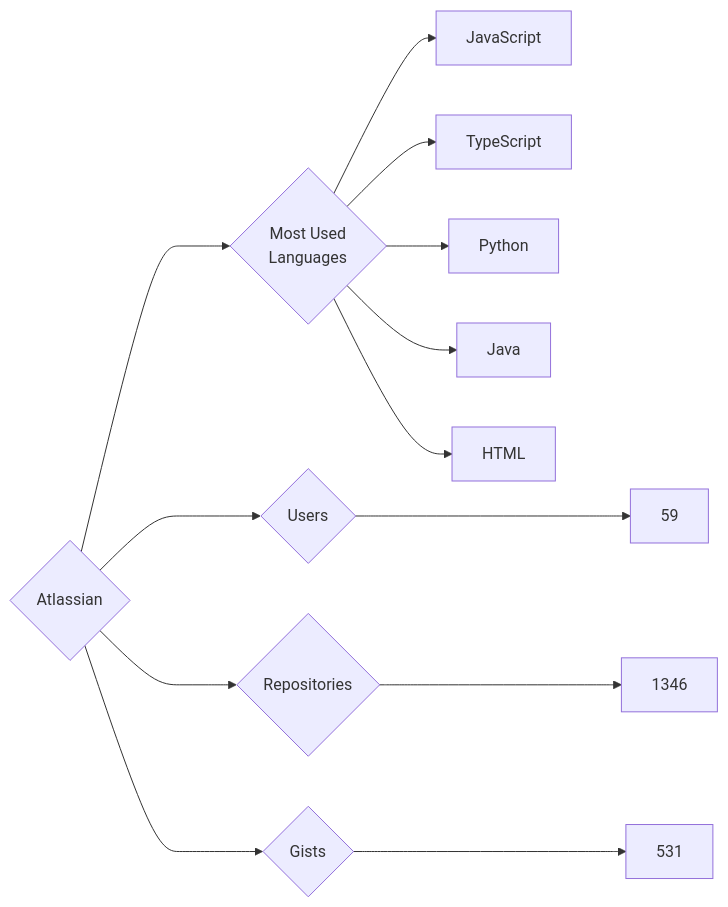
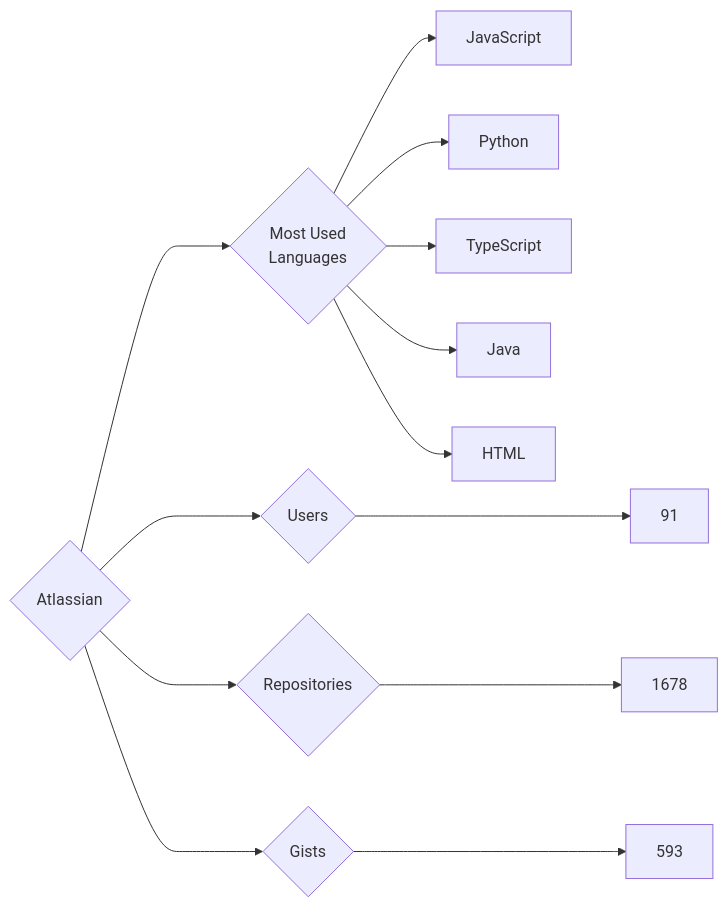
The diagram in targets/Atlassian/README.md (trickest/insiders), drawn with Mermaid before and after one commit. The commit also changed 912 other files, not shown here.

````diff
--- a/targets/Atlassian/README.md
+++ b/targets/Atlassian/README.md
@@ -3,13 +3,13 @@
 ```mermaid
 graph LR
 COMPANY_NAME{Atlassian}
-COMPANY_NAME ---> U{Users} ---> UN[59]
-COMPANY_NAME ---> R{Repositories} ---> RN[1346]
-COMPANY_NAME ---> G{Gists} ---> GN[531]
+COMPANY_NAME ---> U{Users} ---> UN[91]
+COMPANY_NAME ---> R{Repositories} ---> RN[1678]
+COMPANY_NAME ---> G{Gists} ---> GN[593]
 COMPANY_NAME ---> ML{Most Used<br>Languages}
 ML --> JavaScript[JavaScript]
+ML --> Python[Python]
 ML --> TypeScript[TypeScript]
-ML --> Python[Python]
 ML --> Java[Java]
 ML --> HTML[HTML]
 ```
````
